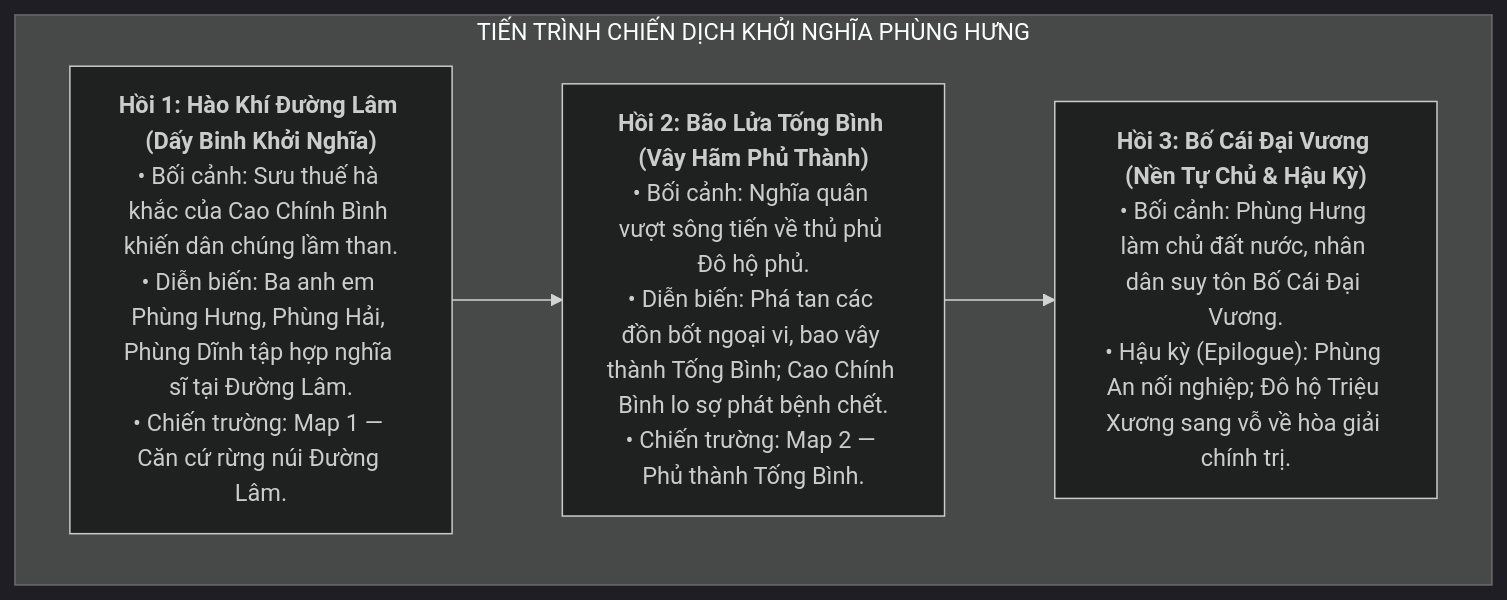
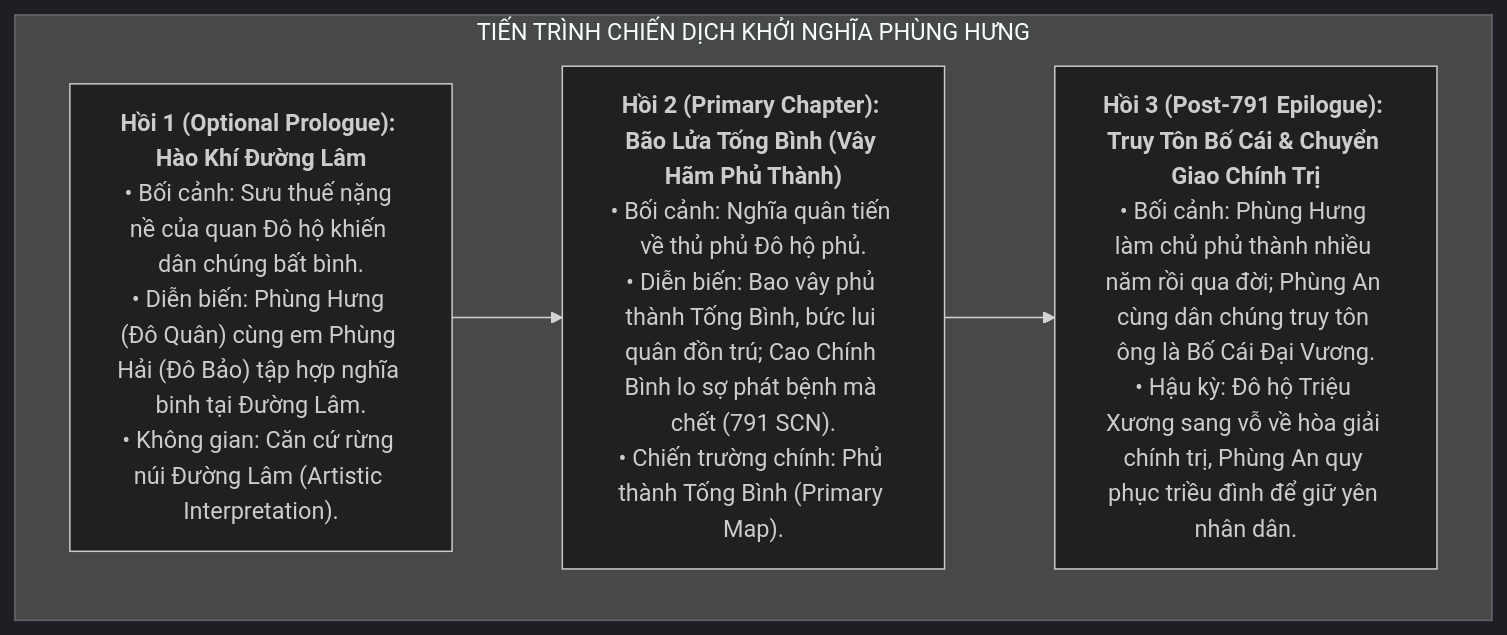
The first of 2 diagrams in docs/drafts/viet-su/phung-hung/chapter-direction.md (LightDucan/HuyenSu-TD), drawn with Mermaid (dark theme) before and after one commit. The commit also changed other lines of this file and 2 other files, not shown here.

````diff
--- a/docs/drafts/viet-su/phung-hung/chapter-direction.md
+++ b/docs/drafts/viet-su/phung-hung/chapter-direction.md
@@ -15,13 +16,13 @@
 ```mermaid
 graph TD
     subgraph TIẾN TRÌNH CHIẾN DỊCH KHỞI NGHĨA PHÙNG HƯNG
-        P1["<b>Hồi 1: Hào Khí Đường Lâm (Dấy Binh Khởi Nghĩa)</b><br>• Bối cảnh: Sưu thuế hà khắc của Cao Chính Bình khiến dân chúng lầm than.<br>• Diễn biến: Ba anh em Phùng Hưng, Phùng Hải, Phùng Dĩnh tập hợp nghĩa sĩ tại Đường Lâm.<br>• Chiến trường: Map 1 — Căn cứ rừng núi Đường Lâm."]
+        P1["<b>Hồi 1 (Optional Prologue): Hào Khí Đường Lâm</b><br>• Bối cảnh: Sưu thuế nặng nề của quan Đô hộ khiến dân chúng bất bình.<br>• Diễn biến: Phùng Hưng (Đô Quân) cùng em Phùng Hải (Đô Bảo) tập hợp nghĩa binh tại Đường Lâm.<br>• Không gian: Căn cứ rừng núi Đường Lâm (Artistic Interpretation)."]
         
-        P2["<b>Hồi 2: Bão Lửa Tống Bình (Vây Hãm Phủ Thành)</b><br>• Bối cảnh: Nghĩa quân vượt sông tiến về thủ phủ Đô hộ phủ.<br>• Diễn biến: Phá tan các đồn bốt ngoại vi, bao vây thành Tống Bình; Cao Chính Bình lo sợ phát bệnh chết.<br>• Chiến trường: Map 2 — Phủ thành Tống Bình."]
+        P2["<b>Hồi 2 (Primary Chapter): Bão Lửa Tống Bình (Vây Hãm Phủ Thành)</b><br>• Bối cảnh: Nghĩa quân tiến về thủ phủ Đô hộ phủ.<br>• Diễn biến: Bao vây phủ thành Tống Bình, bức lui quân đồn trú; Cao Chính Bình lo sợ phát bệnh mà chết (791 SCN).<br>• Chiến trường chính: Phủ thành Tống Bình (Primary Map)."]
         
-        P3["<b>Hồi 3: Bố Cái Đại Vương (Nền Tự Chủ & Hậu Kỳ)</b><br>• Bối cảnh: Phùng Hưng làm chủ đất nước, nhân dân suy tôn Bố Cái Đại Vương.<br>• Hậu kỳ (Epilogue): Phùng An nối nghiệp; Đô hộ Triệu Xương sang vỗ về hòa giải chính trị."]
+        P3["<b>Hồi 3 (Post-791 Epilogue): Truy Tôn Bố Cái & Chuyển Giao Chính Trị</b><br>• Bối cảnh: Phùng Hưng làm chủ phủ thành nhiều năm rồi qua đời; Phùng An cùng dân chúng truy tôn ông là Bố Cái Đại Vương.<br>• Hậu kỳ: Đô hộ Triệu Xương sang vỗ về hòa giải chính trị, Phùng An quy phục triều đình để giữ yên nhân dân."]
     end
 
     P1 --> P2
     P2 --> P3
 ```
````
